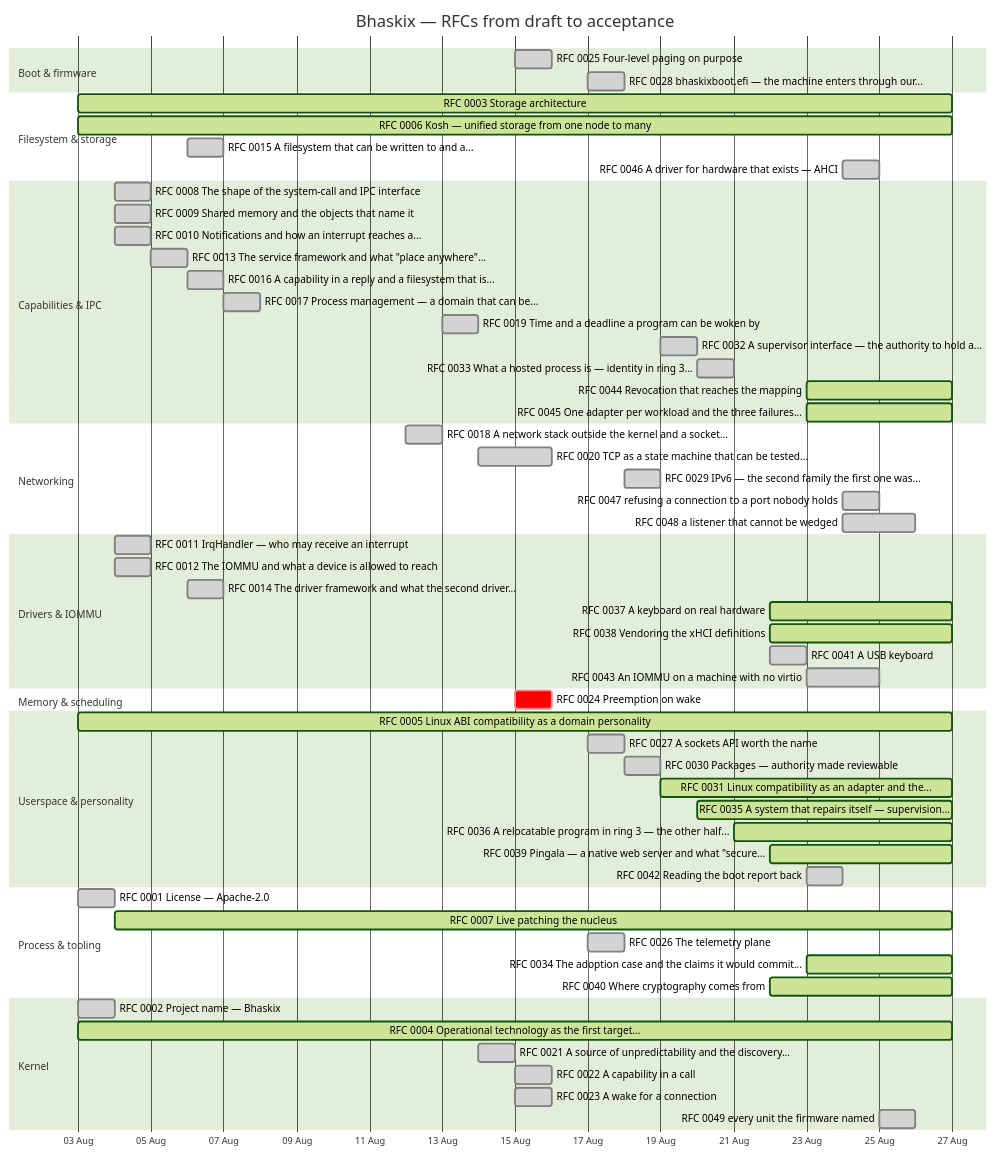
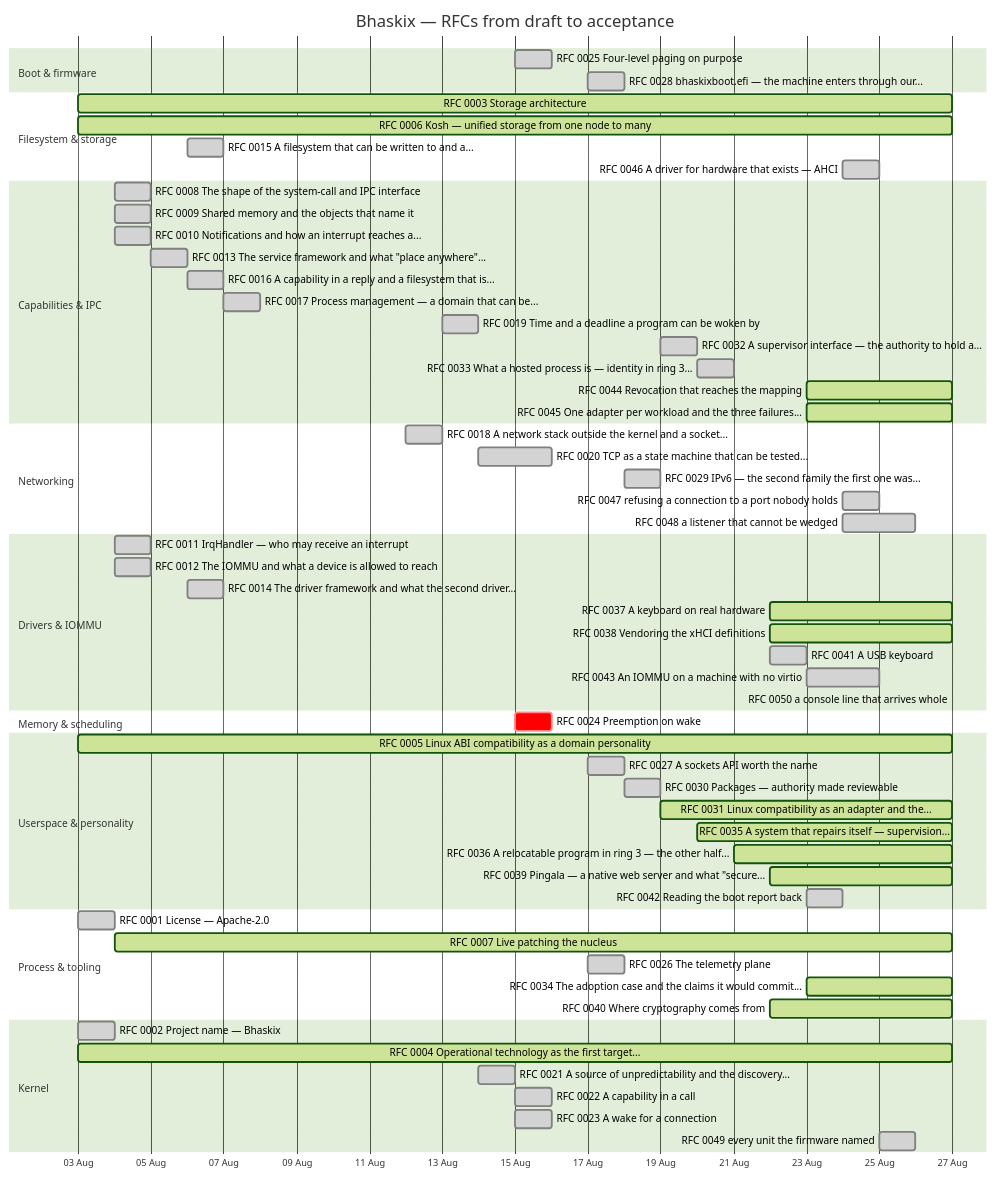
Before and after one commit to bhaskix/bhaskix: the diagram in docs/progress.md, drawn with Mermaid (forest theme). The commit also changed other lines of this file and 1 other file, not shown here.

First line of the commit message:
docs: the progress chart dated RFC 0050 from a file that was not committed yet, and CI caught it

````diff
--- a/docs/progress.md
+++ b/docs/progress.md
@@ -24,65 +24,66 @@
 ```mermaid
 gantt
     title Bhaskix — RFCs from draft to acceptance
     dateFormat YYYY-MM-DD
     axisFormat %d %b
     todayMarker off
     section Boot & firmware
     RFC 0025 Four-level paging on purpose :done, r0025, 2026-08-15, 2026-08-16
     RFC 0028 bhaskixboot.efi — the machine enters through our... :done, r0028, 2026-08-17, 2026-08-18
     section Filesystem & storage
     RFC 0003 Storage architecture :active, r0003, 2026-08-03, 2026-08-27
     RFC 0006 Kosh — unified storage from one node to many :active, r0006, 2026-08-03, 2026-08-27
     RFC 0015 A filesystem that can be written to and a... :done, r0015, 2026-08-06, 1d
     RFC 0046 A driver for hardware that exists — AHCI :done, r0046, 2026-08-24, 1d
     section Capabilities & IPC
     RFC 0008 The shape of the system-call and IPC interface :done, r0008, 2026-08-04, 1d
     RFC 0009 Shared memory and the objects that name it :done, r0009, 2026-08-04, 1d
     RFC 0010 Notifications and how an interrupt reaches a... :done, r0010, 2026-08-04, 1d
     RFC 0013 The service framework and what "place anywhere"... :done, r0013, 2026-08-05, 1d
     RFC 0016 A capability in a reply and a filesystem that is... :done, r0016, 2026-08-06, 2026-08-07
     RFC 0017 Process management — a domain that can be... :done, r0017, 2026-08-07, 1d
     RFC 0019 Time and a deadline a program can be woken by :done, r0019, 2026-08-13, 2026-08-14
     RFC 0032 A supervisor interface — the authority to hold a... :done, r0032, 2026-08-19, 2026-08-20
     RFC 0033 What a hosted process is — identity in ring 3... :done, r0033, 2026-08-20, 1d
     RFC 0044 Revocation that reaches the mapping :active, r0044, 2026-08-23, 2026-08-27
     RFC 0045 One adapter per workload and the three failures... :active, r0045, 2026-08-23, 2026-08-27
     section Networking
     RFC 0018 A network stack outside the kernel and a socket... :done, r0018, 2026-08-12, 2026-08-13
     RFC 0020 TCP as a state machine that can be tested... :done, r0020, 2026-08-14, 2026-08-16
     RFC 0029 IPv6 — the second family the first one was... :done, r0029, 2026-08-18, 1d
     RFC 0047 refusing a connection to a port nobody holds :done, r0047, 2026-08-24, 1d
     RFC 0048 a listener that cannot be wedged :done, r0048, 2026-08-24, 2026-08-26
     section Drivers & IOMMU
     RFC 0011 IrqHandler — who may receive an interrupt :done, r0011, 2026-08-04, 1d
     RFC 0012 The IOMMU and what a device is allowed to reach :done, r0012, 2026-08-04, 1d
     RFC 0014 The driver framework and what the second driver... :done, r0014, 2026-08-06, 1d
     RFC 0037 A keyboard on real hardware :active, r0037, 2026-08-22, 2026-08-27
     RFC 0038 Vendoring the xHCI definitions :active, r0038, 2026-08-22, 2026-08-27
     RFC 0041 A USB keyboard :done, r0041, 2026-08-22, 2026-08-23
     RFC 0043 An IOMMU on a machine with no virtio :done, r0043, 2026-08-23, 2026-08-25
+    RFC 0050 a console line that arrives whole :active, r0050, 2026-08-27, 2026-08-27
     section Memory & scheduling
     RFC 0024 Preemption on wake :crit, r0024, 2026-08-15, 1d
     section Userspace & personality
     RFC 0005 Linux ABI compatibility as a domain personality :active, r0005, 2026-08-03, 2026-08-27
     RFC 0027 A sockets API worth the name :done, r0027, 2026-08-17, 1d
     RFC 0030 Packages — authority made reviewable :done, r0030, 2026-08-18, 2026-08-19
     RFC 0031 Linux compatibility as an adapter and the... :active, r0031, 2026-08-19, 2026-08-27
     RFC 0035 A system that repairs itself — supervision... :active, r0035, 2026-08-20, 2026-08-27
     RFC 0036 A relocatable program in ring 3 — the other half... :active, r0036, 2026-08-21, 2026-08-27
     RFC 0039 Pingala — a native web server and what "secure... :active, r0039, 2026-08-22, 2026-08-27
     RFC 0042 Reading the boot report back :done, r0042, 2026-08-23, 1d
     section Process & tooling
     RFC 0001 License — Apache-2.0 :done, r0001, 2026-08-03, 1d
     RFC 0007 Live patching the nucleus :active, r0007, 2026-08-04, 2026-08-27
     RFC 0026 The telemetry plane :done, r0026, 2026-08-17, 1d
     RFC 0034 The adoption case and the claims it would commit... :active, r0034, 2026-08-23, 2026-08-27
     RFC 0040 Where cryptography comes from :active, r0040, 2026-08-22, 2026-08-27
     section Kernel
     RFC 0002 Project name — Bhaskix :done, r0002, 2026-08-03, 1d
     RFC 0004 Operational technology as the first target... :active, r0004, 2026-08-03, 2026-08-27
     RFC 0021 A source of unpredictability and the discovery... :done, r0021, 2026-08-14, 1d
     RFC 0022 A capability in a call :done, r0022, 2026-08-15, 2026-08-16
     RFC 0023 A wake for a connection :done, r0023, 2026-08-15, 2026-08-16
     RFC 0049 every unit the firmware named :done, r0049, 2026-08-25, 1d
 ```
````
